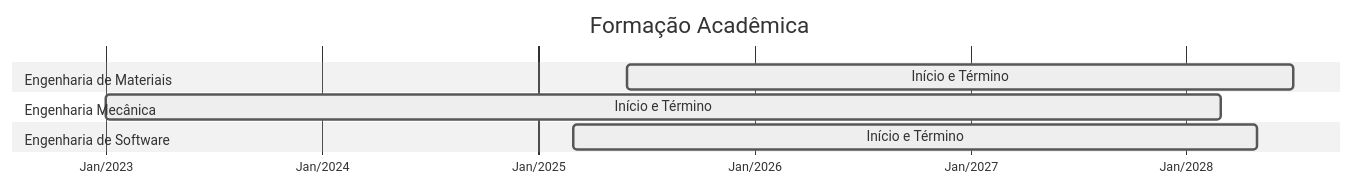
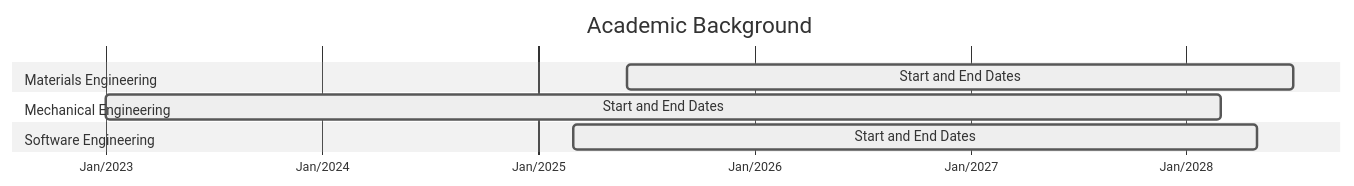
The first of 3 diagrams in README.md (delblerferreira/delblerferreira), drawn with Mermaid (neutral theme) before and after one commit. The commit also changed other lines of this file, not shown here.

````diff
--- a/README.md
+++ b/README.md
@@ -44,15 +44,15 @@
 ```mermaid
 gantt
-    title Formação Acadêmica
+     title Academic Background
     dateFormat  YYYY-MM-DD
     axisFormat  %b/%Y
 
-    section Engenharia de Materiais
-    Início e Término         :active, materiais, 2025-06-01, 2028-06-30
+    section Materials Engineering
+    Start and End Dates       :active, materials, 2025-06-01, 2028-06-30
 
-    section Engenharia Mecânica
-    Início e Término         :active, mecanica, 2023-01-01, 2028-02-28
+    section Mechanical Engineering
+    Start and End Dates       :active, mechanical, 2023-01-01, 2028-02-28
 
-    section Engenharia de Software
-    Início e Término         :active, software, 2025-03-01, 2028-04-30
+    section Software Engineering
+    Start and End Dates       :active, software, 2025-03-01, 2028-04-30
 ```
````
